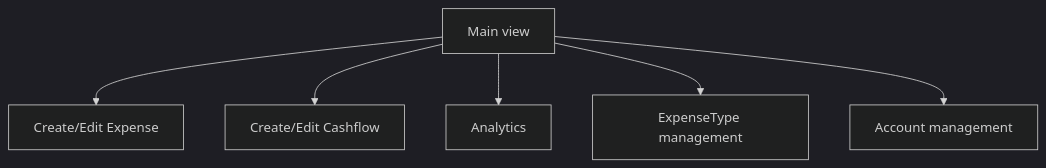
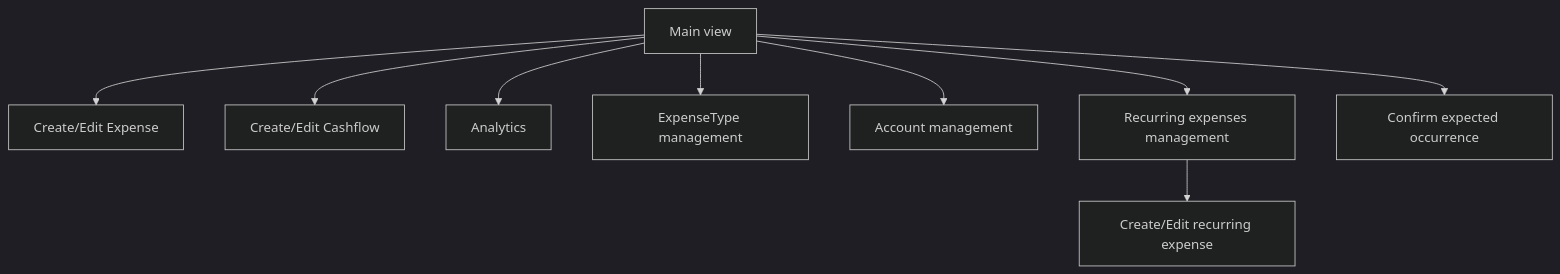
The diagram in spec.md (vcappello/expense_tracker), drawn with Mermaid (dark theme) before and after one commit. The commit also changed other lines of this file and 1 other file, not shown here.

Commit message:
docs: pianificazione feature 'Spese ricorrenti' (spec.md: sezione Recurring expenses, badge frequenza, Analytics con pseudo-categoria 'Spese previste', DB_VERSION 2, backup v2; plan.md: decisioni utente + 10 step)

````diff
--- a/spec.md
+++ b/spec.md
@@ -511,8 +691,11 @@
 ```mermaid
 graph TD
     Main[Main view] --> Expense[Create/Edit Expense]
     Main --> Cashflow[Create/Edit Cashflow]
     Main --> Analytics[Analytics]
     Main --> Types[ExpenseType management]
     Main --> Accounts[Account management]
+    Main --> Recurring[Recurring expenses management]
+    Recurring --> RecurringEdit[Create/Edit recurring expense]
+    Main --> Confirm[Confirm expected occurrence]
 ```
````
